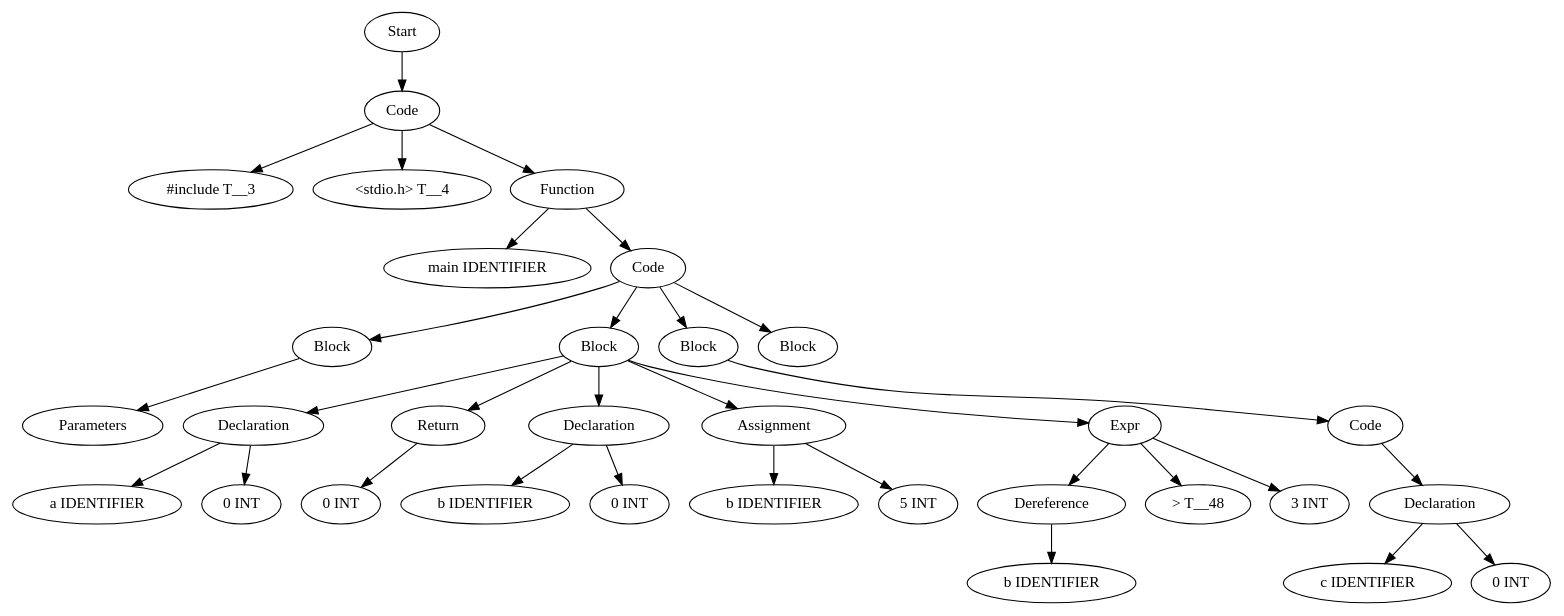
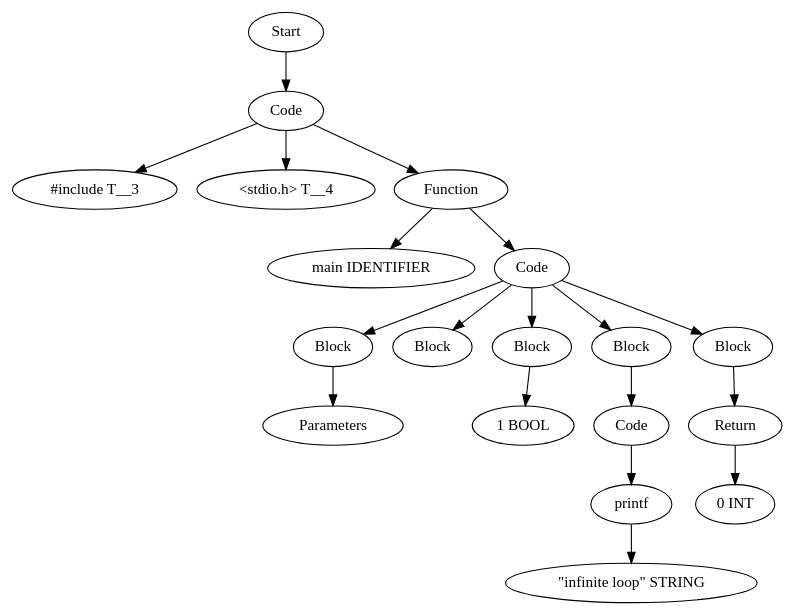
The diagram in TestCases/ASTTests/DeadCodeRemoveTests/createTests/read_file_before.dot (Are-you-listening/Compilers), drawn with Graphviz before and after one commit. The commit also changed 340 other files, not shown here.

```diff
--- a/TestCases/ASTTests/DeadCodeRemoveTests/createTests/read_file_before.dot
+++ b/TestCases/ASTTests/DeadCodeRemoveTests/createTests/read_file_before.dot
@@ -1,65 +1,39 @@
 digraph AST {
-  "137896635261632" [label="Start"];
-  "137896635261632" -> "137896635260816";
-  "137896635260816" [label="Code"];
-  "137896635260816" -> "137896635256832";
-  "137896635260816" -> "137896635257888";
-  "137896635260816" -> "137896635260048";
-  "137896635256832" [label="#include T__3"];
-  "137896635257888" [label="<stdio.h> T__4"];
-  "137896635260048" [label="Function"];
-  "137896635260048" -> "137896635261968";
-  "137896635260048" -> "137896635263648";
-  "137896635261968" [label="main IDENTIFIER"];
-  "137896635263648" [label="Code"];
-  "137896635263648" -> "137896635484144";
-  "137896635263648" -> "137896635484192";
-  "137896635263648" -> "137896635483472";
-  "137896635263648" -> "137896635484096";
-  "137896635484144" [label="Block"];
-  "137896635484144" -> "137896635258416";
-  "137896635258416" [label="Parameters"];
-  "137896635484192" [label="Block"];
-  "137896635484192" -> "137896635263072";
-  "137896635484192" -> "137896635258608";
-  "137896635484192" -> "137896635255296";
-  "137896635484192" -> "137896635269072";
-  "137896635484192" -> "137896635268544";
-  "137896635263072" [label="Declaration"];
-  "137896635263072" -> "137896635262496";
-  "137896635263072" -> "137896635267824";
-  "137896635262496" [label="a IDENTIFIER"];
-  "137896635267824" [label="0 INT"];
-  "137896635258608" [label="Return"];
-  "137896635258608" -> "137896635261872";
-  "137896635261872" [label="0 INT"];
-  "137896635255296" [label="Declaration"];
-  "137896635255296" -> "137896635268016";
-  "137896635255296" -> "137896635268976";
-  "137896635268016" [label="b IDENTIFIER"];
-  "137896635268976" [label="0 INT"];
-  "137896635269072" [label="Assignment"];
-  "137896635269072" -> "137896635268640";
-  "137896635269072" -> "137896635268688";
-  "137896635268640" [label="b IDENTIFIER"];
-  "137896635268688" [label="5 INT"];
-  "137896635268544" [label="Expr"];
-  "137896635268544" -> "137896635263552";
-  "137896635268544" -> "137896635256016";
-  "137896635268544" -> "137896635267008";
-  "137896635263552" [label="Dereference"];
-  "137896635263552" -> "137896635268112";
-  "137896635268112" [label="b IDENTIFIER"];
-  "137896635256016" [label="> T__48"];
-  "137896635267008" [label="3 INT"];
-  "137896635483472" [label="Block"];
-  "137896635483472" -> "137896635257456";
-  "137896635257456" [label="Code"];
-  "137896635257456" -> "137896635252848";
-  "137896635252848" [label="Declaration"];
-  "137896635252848" -> "137896635267056";
-  "137896635252848" -> "137896635267200";
-  "137896635267056" [label="c IDENTIFIER"];
-  "137896635267200" [label="0 INT"];
-  "137896635484096" [label="Block"];
+  "128795701149568" [label="Start"];
+  "128795701149568" -> "128795701157264";
+  "128795701157264" [label="Code"];
+  "128795701157264" -> "128795701155824";
+  "128795701157264" -> "128795701154192";
+  "128795701157264" -> "128795701156592";
+  "128795701155824" [label="#include T__3"];
+  "128795701154192" [label="<stdio.h> T__4"];
+  "128795701156592" [label="Function"];
+  "128795701156592" -> "128795701158848";
+  "128795701156592" -> "128795701161680";
+  "128795701158848" [label="main IDENTIFIER"];
+  "128795701161680" [label="Code"];
+  "128795701161680" -> "128795701162976";
+  "128795701161680" -> "128795701156352";
+  "128795701161680" -> "128795701160576";
+  "128795701161680" -> "128795701162784";
+  "128795701161680" -> "128795701161248";
+  "128795701162976" [label="Block"];
+  "128795701162976" -> "128795701158416";
+  "128795701158416" [label="Parameters"];
+  "128795701156352" [label="Block"];
+  "128795701160576" [label="Block"];
+  "128795701160576" -> "128795701158608";
+  "128795701158608" [label="1 BOOL"];
+  "128795701162784" [label="Block"];
+  "128795701162784" -> "128795701164032";
+  "128795701164032" [label="Code"];
+  "128795701164032" -> "128795701161152";
+  "128795701161152" [label="printf"];
+  "128795701161152" -> "128795701161440";
+  "128795701161440" [label="\"infinite loop\" STRING"];
+  "128795701161248" [label="Block"];
+  "128795701161248" -> "128795701160720";
+  "128795701160720" [label="Return"];
+  "128795701160720" -> "128795701160432";
+  "128795701160432" [label="0 INT"];
 }
```
